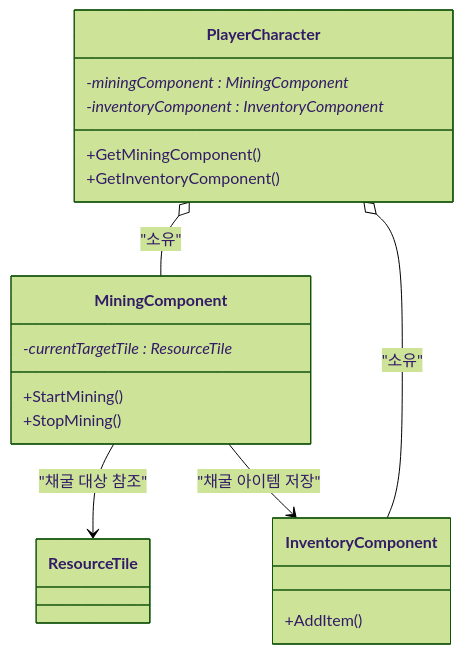
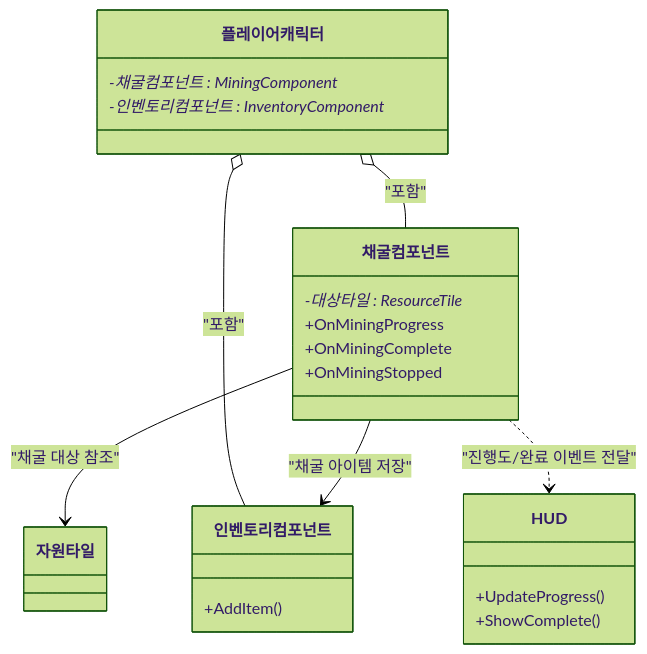
The first of 3 diagrams in README.md (WJMcode/MBFactorio), drawn with Mermaid (forest theme) before and after one commit.

````diff
--- a/README.md
+++ b/README.md
@@ -1,23 +1,27 @@
 ```mermaid
 classDiagram
-class PlayerCharacter {
-    -miningComponent : MiningComponent*
-    -inventoryComponent : InventoryComponent*
-    +GetMiningComponent()
-    +GetInventoryComponent()
+class 플레이어캐릭터 {
+    -채굴컴포넌트 : MiningComponent*
+    -인벤토리컴포넌트 : InventoryComponent*
 }
-class MiningComponent {
-    -currentTargetTile : ResourceTile*
-    +StartMining()
-    +StopMining()
+class 채굴컴포넌트 {
+    -대상타일 : ResourceTile*
+    +OnMiningProgress
+    +OnMiningComplete
+    +OnMiningStopped
 }
-class ResourceTile
-class InventoryComponent {
+class 자원타일
+class 인벤토리컴포넌트 {
     +AddItem()
 }
+class HUD {
+    +UpdateProgress()
+    +ShowComplete()
+}
 
-PlayerCharacter o-- MiningComponent : "소유"
-PlayerCharacter o-- InventoryComponent : "소유"
-MiningComponent --> ResourceTile : "채굴 대상 참조"
-MiningComponent --> InventoryComponent : "채굴 아이템 저장"
+플레이어캐릭터 o-- 채굴컴포넌트 : "포함"
+플레이어캐릭터 o-- 인벤토리컴포넌트 : "포함"
+채굴컴포넌트 --> 자원타일 : "채굴 대상 참조"
+채굴컴포넌트 --> 인벤토리컴포넌트 : "채굴 아이템 저장"
+채굴컴포넌트 ..> HUD : "진행도/완료 이벤트 전달"
 ```
````
